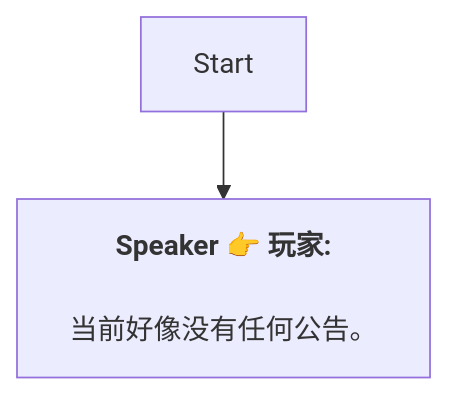
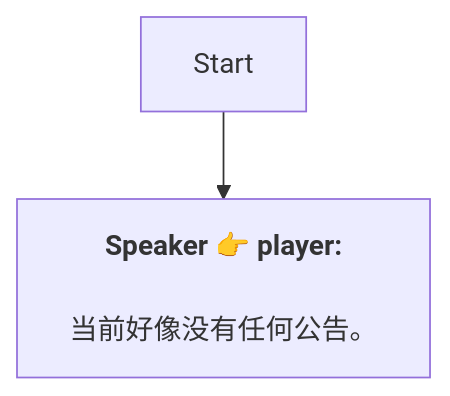
The diagram in Zh/Billboard.md (SoftHu/tos_avg), drawn with Mermaid before and after one commit. The commit also changed 737 other files, not shown here.

````diff
--- a/Zh/Billboard.md
+++ b/Zh/Billboard.md
@@ -1,7 +1,6 @@
 ```mermaid
 graph
-Start -->1750019988068609[<b>Speaker 👉 玩家:</b>
+Start -->1750019988068609[<b>Speaker 👉 player:</b>
+\n当前好像没有任何公告。]
 
-当前好像没有任何公告。]
-
- ```
+```
````
